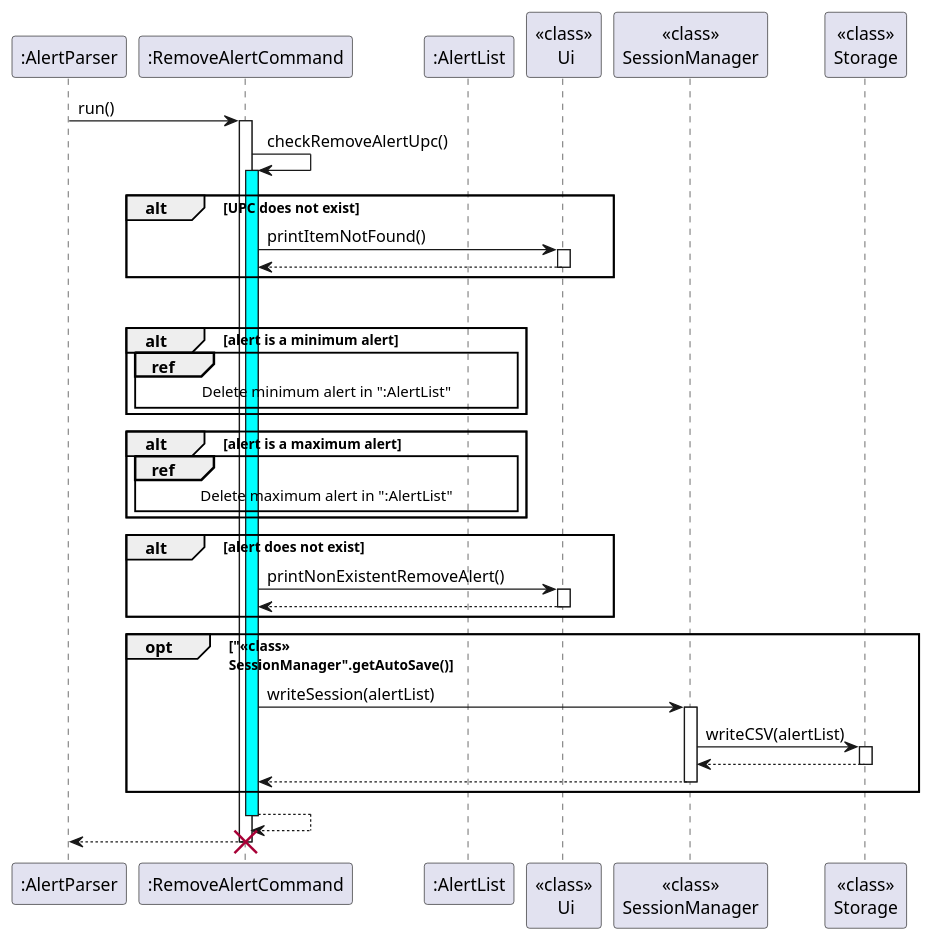
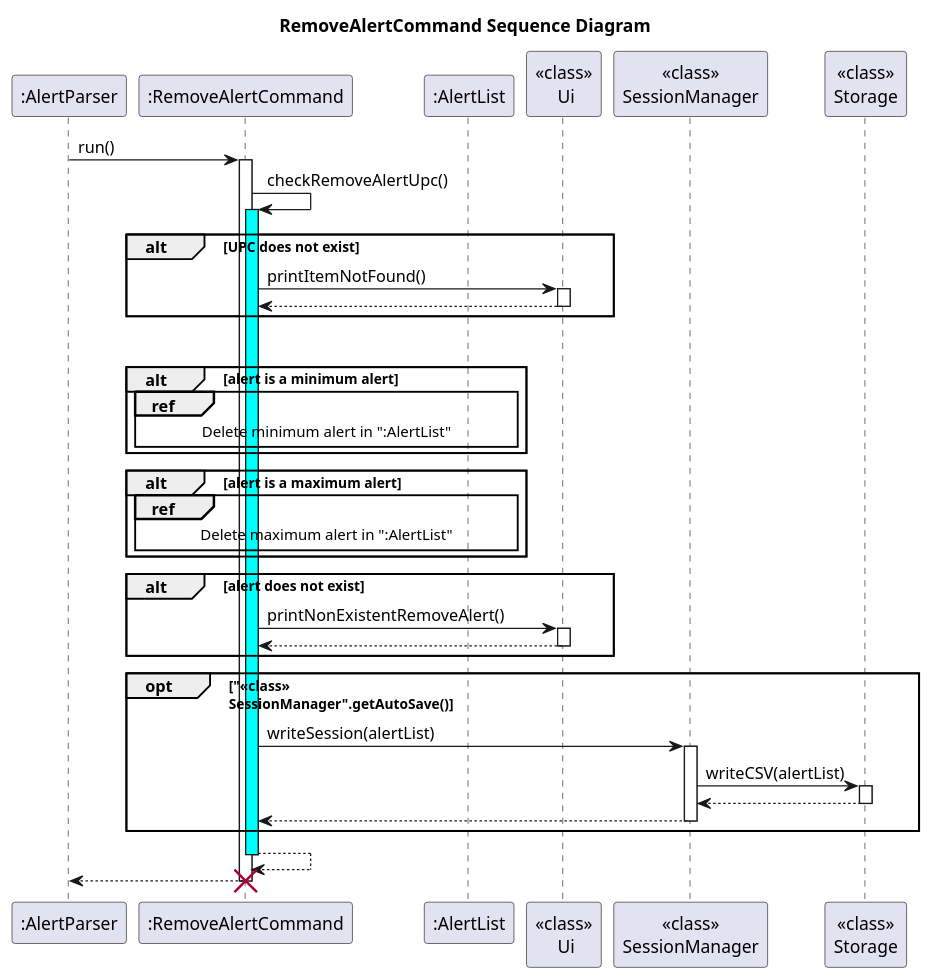
The diagram in docs/UML/Alert/RemoveAlertCommand.puml (nus-cs2113-AY2223S2/tp), drawn with PlantUML before and after one commit. The commit also changed 5 other files, not shown here.

Commit message:
Update DG and alert diagrams

```diff
--- a/docs/UML/Alert/RemoveAlertCommand.puml
+++ b/docs/UML/Alert/RemoveAlertCommand.puml
@@ -1,55 +1,56 @@
 @startuml
 'https://plantuml.com/sequence-diagram
+title RemoveAlertCommand Sequence Diagram
 
 participant ":AlertParser"
 participant ":RemoveAlertCommand"
 participant ":AlertList"
 
 participant "<<class>>\n Ui"
 participant "<<class>>\nSessionManager"
 participant "<<class>>\nStorage"
 ":AlertParser" -> ":RemoveAlertCommand": run()
 
 activate ":RemoveAlertCommand"
 
 ":RemoveAlertCommand" -> ":RemoveAlertCommand": checkRemoveAlertUpc()
 activate ":RemoveAlertCommand" #cyan
 alt UPC does not exist
     ":RemoveAlertCommand" -> "<<class>>\n Ui": printItemNotFound()
     activate "<<class>>\n Ui"
     "<<class>>\n Ui" -->":RemoveAlertCommand":
     deactivate "<<class>>\n Ui"
 end
 
 
 alt UPC exists
     alt alert is a minimum alert
      ref over ":RemoveAlertCommand", ":AlertList": Delete minimum alert in ":AlertList"
      end
 
     alt alert is a maximum alert
     ref over ":RemoveAlertCommand", ":AlertList": Delete maximum alert in ":AlertList"
     end
 
     alt alert does not exist
       ":RemoveAlertCommand" -> "<<class>>\n Ui": printNonExistentRemoveAlert()
         activate "<<class>>\n Ui"
         "<<class>>\n Ui" -->":RemoveAlertCommand":
         deactivate "<<class>>\n Ui"
     end
 
      opt "<<class>>\nSessionManager".getAutoSave()
         ":RemoveAlertCommand" ->"<<class>>\nSessionManager":writeSession(alertList)
         activate "<<class>>\nSessionManager"
         "<<class>>\nSessionManager"->"<<class>>\nStorage":writeCSV(alertList)
         activate "<<class>>\nStorage"
         "<<class>>\nStorage" -->"<<class>>\nSessionManager":
         deactivate "<<class>>\nStorage"
         "<<class>>\nSessionManager" -->":RemoveAlertCommand":
         deactivate "<<class>>\nSessionManager"
         end
 return
 ":RemoveAlertCommand" --> ":AlertParser"
 destroy ":RemoveAlertCommand"
 
 @enduml
```
